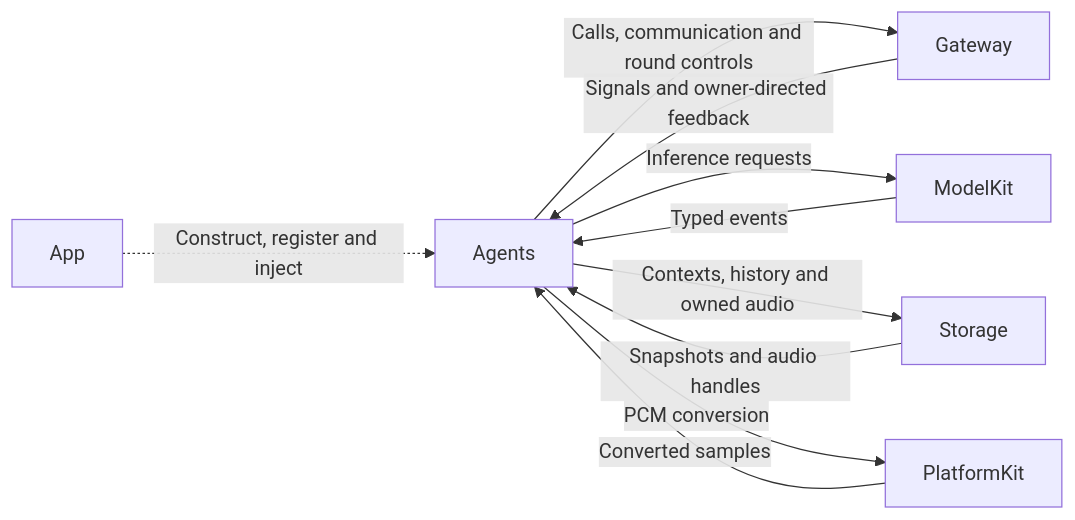
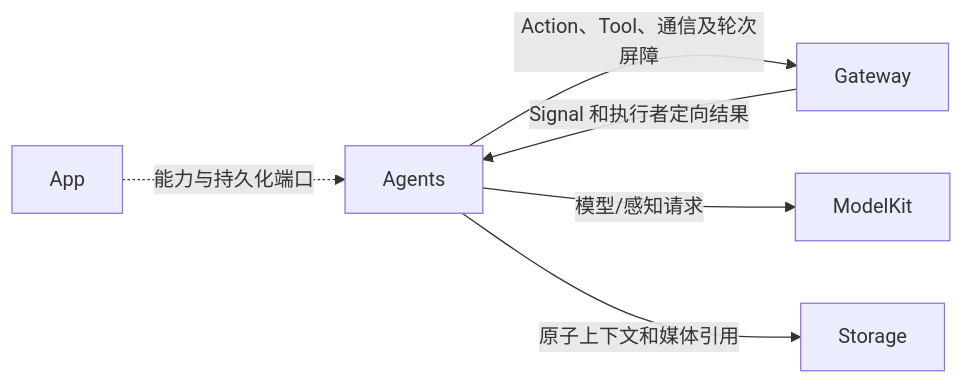
Before and after one commit to devilyouwei/MobileHarness: the first of 3 diagrams in MobileHarness/Agents/README.md, drawn with Mermaid. The commit also changed other lines of this file and 456 other files, not shown here.

````diff
--- a/MobileHarness/Agents/README.md
+++ b/MobileHarness/Agents/README.md
@@ -15,12 +11,8 @@
 ```mermaid
 flowchart LR
- App -.->|Construct, register and inject| Agents
- Gateway -->|Signals and owner-directed feedback| Agents
- Agents -->|Calls, communication and round controls| Gateway
- Agents -->|Inference requests| ModelKit
- ModelKit -->|Typed events| Agents
- Agents -->|Contexts, history and owned audio| Storage
- Storage -->|Snapshots and audio handles| Agents
- Agents -->|PCM conversion| PlatformKit
- PlatformKit -->|Converted samples| Agents
+ App -.->|能力与持久化端口| Agents
+ Gateway -->|Signal 和执行者定向结果| Agents
+ Agents -->|Action、Tool、通信及轮次屏障| Gateway
+ Agents -->|模型/感知请求| ModelKit
+ Agents -->|原子上下文和媒体引用| Storage
 ```
````
